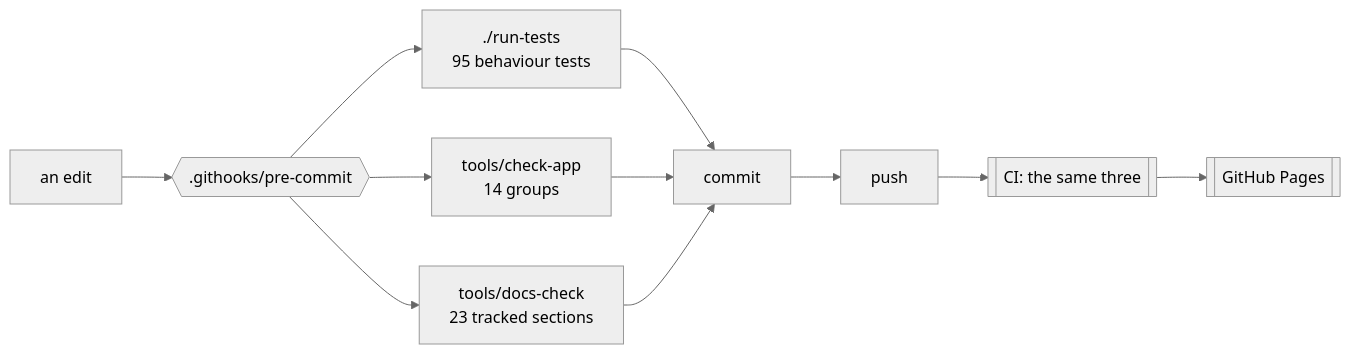
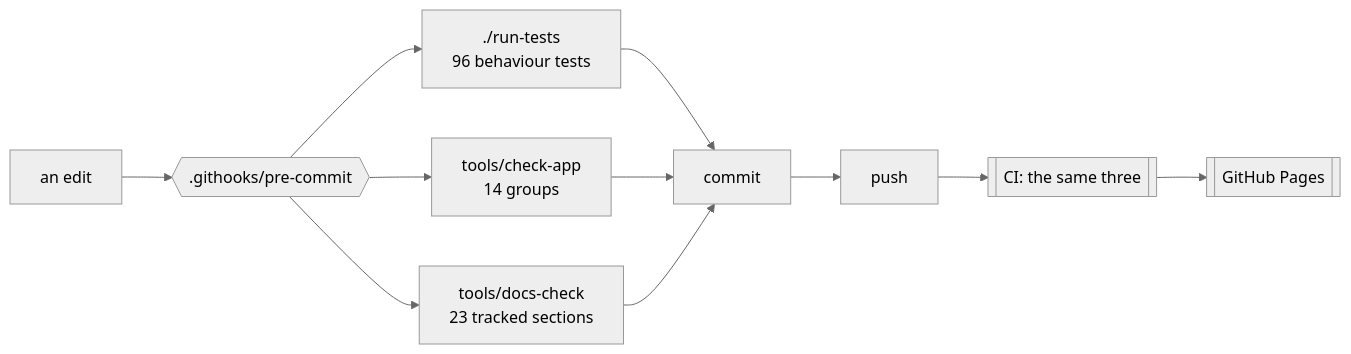
The diagram in docs/DEVELOPING.md (minormending/crystal-pilot-mobile), drawn with Mermaid (neutral theme) before and after one commit. The commit also changed other lines of this file and 8 other files, not shown here.

````diff
--- a/docs/DEVELOPING.md
+++ b/docs/DEVELOPING.md
@@ -15,12 +15,12 @@
 ```mermaid
 flowchart LR
     E[an edit] --> H{{".githooks/pre-commit"}}
-    H --> T["./run-tests<br/>95 behaviour tests"]
+    H --> T["./run-tests<br/>96 behaviour tests"]
     H --> C["tools/check-app<br/>14 groups"]
     H --> D["tools/docs-check<br/>23 tracked sections"]
     T --> OK[commit]
     C --> OK
     D --> OK
     OK --> P[push] --> CI[["CI: the same three"]]
     CI --> PG[[GitHub Pages]]
 ```
````
